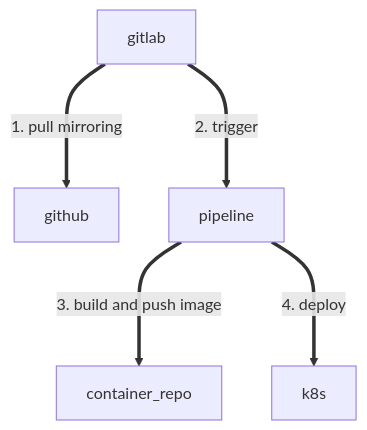
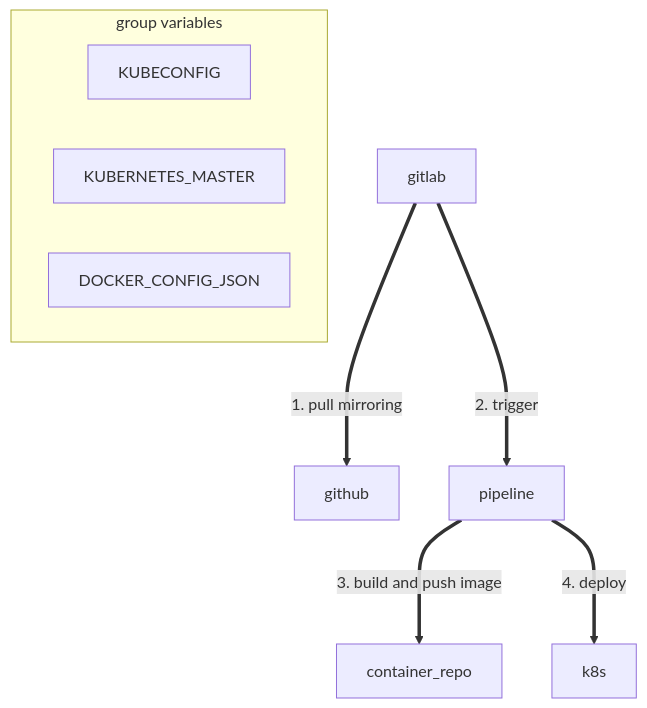
The diagram in README.md (elwazi/data-catalogue-frontend-elwazi), drawn with Mermaid before and after one commit. The commit also changed 1 other file, not shown here.

Commit message:
dc-30 elwazi catalogue ci/cd

````diff
--- a/README.md
+++ b/README.md
@@ -46,7 +46,12 @@
 ```mermaid
 flowchart
     gitlab ===> |1. pull mirroring|github 
     gitlab ===>|2. trigger|pipeline
     pipeline ===> |3. build and push image|container_repo
     pipeline ===> |4. deploy|k8s
+    subgraph group variables
+      KUBECONFIG
+      KUBERNETES_MASTER
+      DOCKER_CONFIG_JSON
+    end
 ```
````
